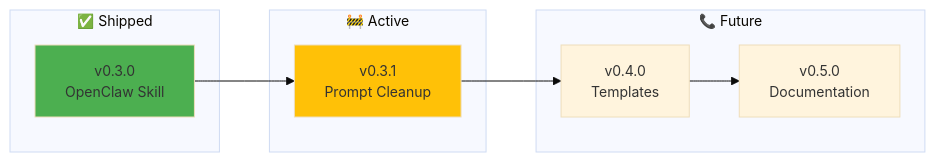
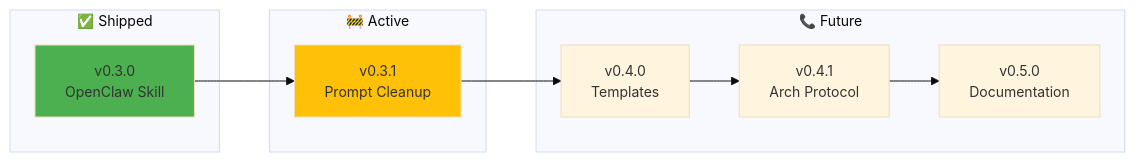
Before and after one commit to nonlinear/backstage: the diagram in backstage/ROADMAP.md, drawn with Mermaid. The commit also changed other lines of this file, not shown here.

Commit message:
roadmap: Add v0.4.1 - Arch Protocol (diagram-driven epics)

````diff
--- a/backstage/ROADMAP.md
+++ b/backstage/ROADMAP.md
@@ -72,23 +108,25 @@
 ```mermaid
 %%{init: {'theme':'base', 'themeVariables': { 'fontSize':'14px'}}}%%
 graph LR
     subgraph "✅ Shipped"
         V03[v0.3.0<br/>OpenClaw Skill]
     end
     
     subgraph "🚧 Active"
         V031[v0.3.1<br/>Prompt Cleanup]
     end
     
     subgraph "📞 Future"
         V04[v0.4.0<br/>Templates]
+        V041[v0.4.1<br/>Arch Protocol]
         V05[v0.5.0<br/>Documentation]
     end
 
     V03 --> V031
     V031 --> V04
-    V04 --> V05
+    V04 --> V041
+    V041 --> V05
     
     style V03 fill:#4CAF50
     style V031 fill:#FFC107
 ```
````
